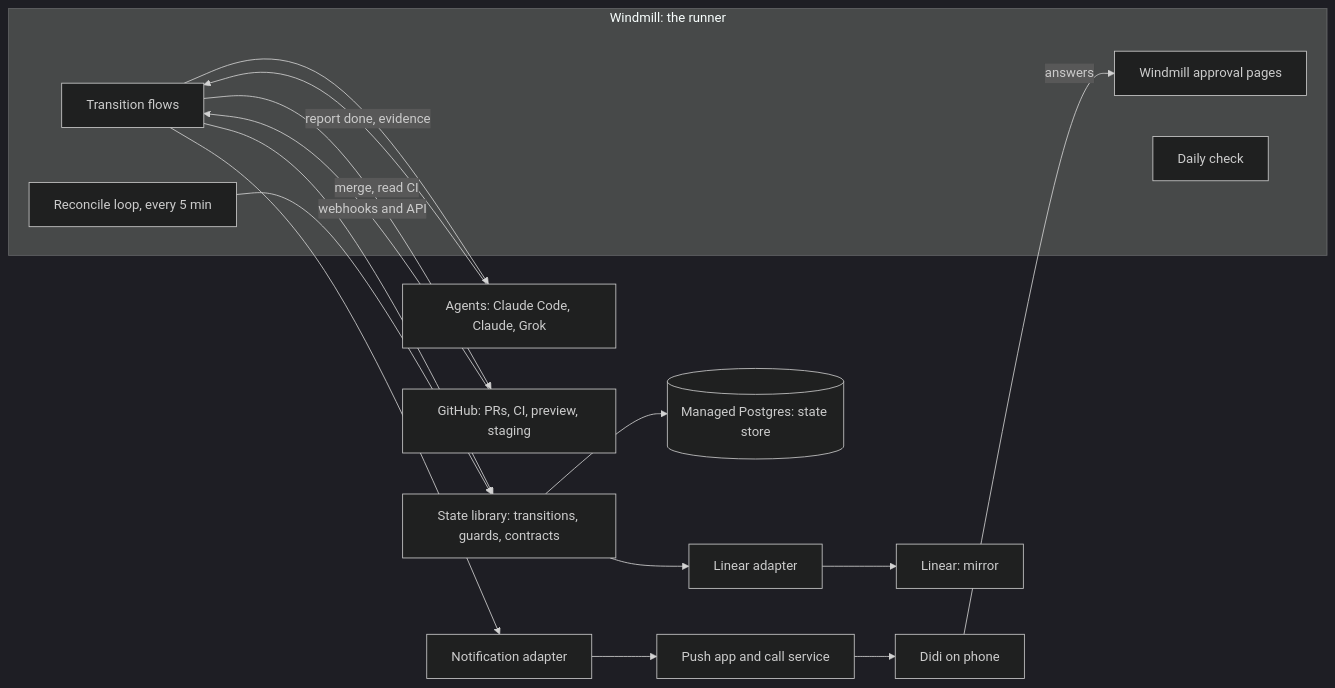
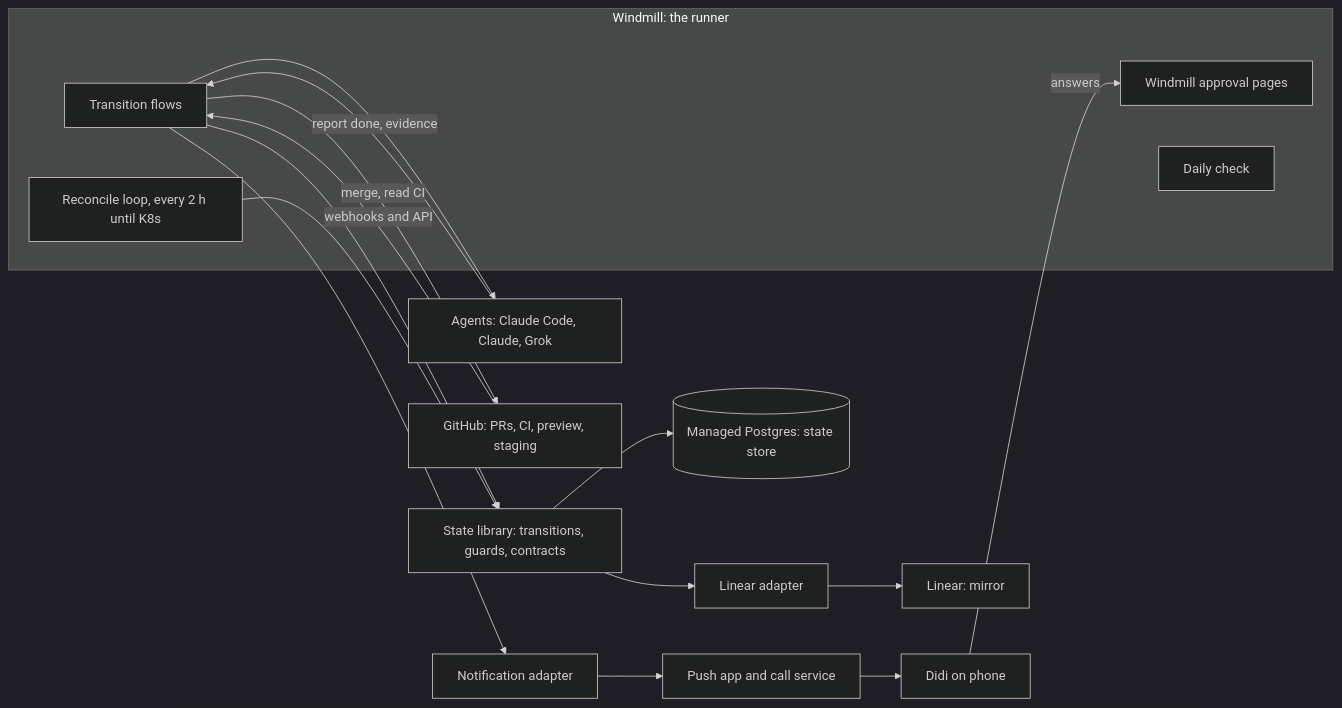
One commit to didi-build/foreman changed the diagram in docs/architecture/technical-architecture.md. Above: the diagram before and after it, drawn with Mermaid (dark theme). The commit also changed other lines of this file and 12 other files, not shown here.

````diff
--- a/docs/architecture/technical-architecture.md
+++ b/docs/architecture/technical-architecture.md
@@ -14,22 +14,22 @@
 ```mermaid
 flowchart LR
   Didi[Didi on phone] -->|answers| Approval[Windmill approval pages]
   Push[Push app and call service] --> Didi
   subgraph Runner[Windmill: the runner]
-    Reconcile[Reconcile loop, every 5 min]
+    Reconcile[Reconcile loop, every 2 h until K8s]
     Flows[Transition flows]
     Approval
     Daily[Daily check]
   end
   Flows --> Lib[State library: transitions, guards, contracts]
   Reconcile --> Lib
   Lib --> Store[(Managed Postgres: state store)]
   Flows --> Agents[Agents: Claude Code, Claude, Grok]
   Agents -->|report done, evidence| Flows
   GitHub[GitHub: PRs, CI, preview, staging] -->|webhooks and API| Flows
   Flows -->|merge, read CI| GitHub
   Lib --> LinearAdapter[Linear adapter]
   LinearAdapter --> Linear[Linear: mirror]
   Flows --> Notify[Notification adapter]
   Notify --> Push
 ```
````
